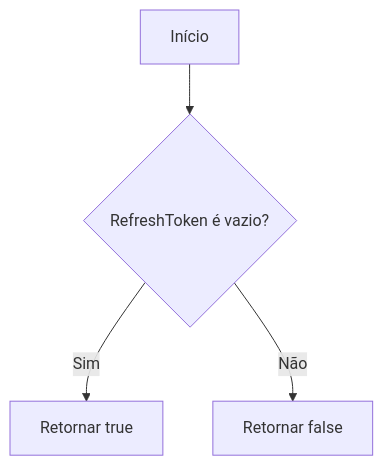
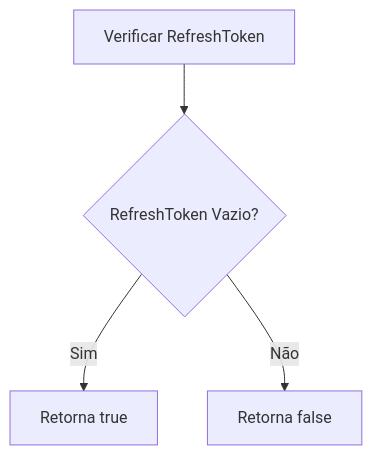
The first of 2 diagrams in docs/b2b-dominio/IsthmusWinthor.Nucleo/IsthmusWinthor.Dominio/Entidades/IntegracaoRDStation.md (IsthmusSistemas/documentacao-tecnica), drawn with Mermaid before and after one commit. The commit also changed other lines of this file and 882 other files, not shown here.

````diff
--- a/docs/b2b-dominio/IsthmusWinthor.Nucleo/IsthmusWinthor.Dominio/Entidades/IntegracaoRDStation.md
+++ b/docs/b2b-dominio/IsthmusWinthor.Nucleo/IsthmusWinthor.Dominio/Entidades/IntegracaoRDStation.md
@@ -17,6 +18,8 @@
 ```mermaid
 flowchart TD
-    A[Início] --> B{RefreshToken é vazio?}
-    B -- Sim --> C[Retornar true]
-    B -- Não --> D[Retornar false]
+    A[Verificar RefreshToken]
+    B{RefreshToken Vazio?}
+    A --> B
+    B -- Sim --> C[Retorna true]
+    B -- Não --> D[Retorna false]
 ```
````
